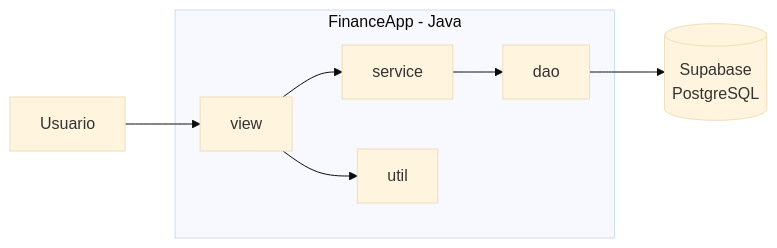
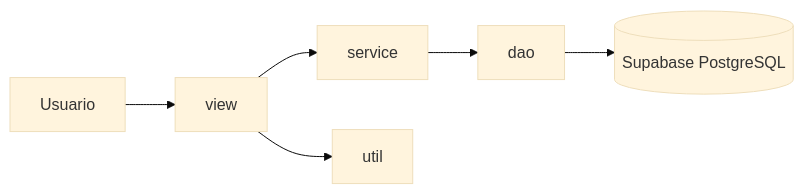
One commit to guilhermelorec/financeApp changed the first of 4 diagrams in docs/apresentacao.md. Above: the diagram before and after it, drawn with Mermaid (base theme). The commit also changed other lines of this file and 6 other files, not shown here.

````diff
--- a/docs/apresentacao.md
+++ b/docs/apresentacao.md
@@ -73,14 +73,8 @@
 ```mermaid
 flowchart LR
-    User[Usuario]
-    subgraph App[FinanceApp - Java]
-        View[view]
-        Service[service]
-        DAO[dao]
-        Util[util]
-    end
-    DB[(Supabase<br/>PostgreSQL)]
-
-    User --> View --> Service --> DAO --> DB
-    View --> Util
+    User[Usuario] --> View[view]
+    View --> Service[service]
+    Service --> DAO[dao]
+    DAO --> DB[(Supabase PostgreSQL)]
+    View --> Util[util]
 ```
````
